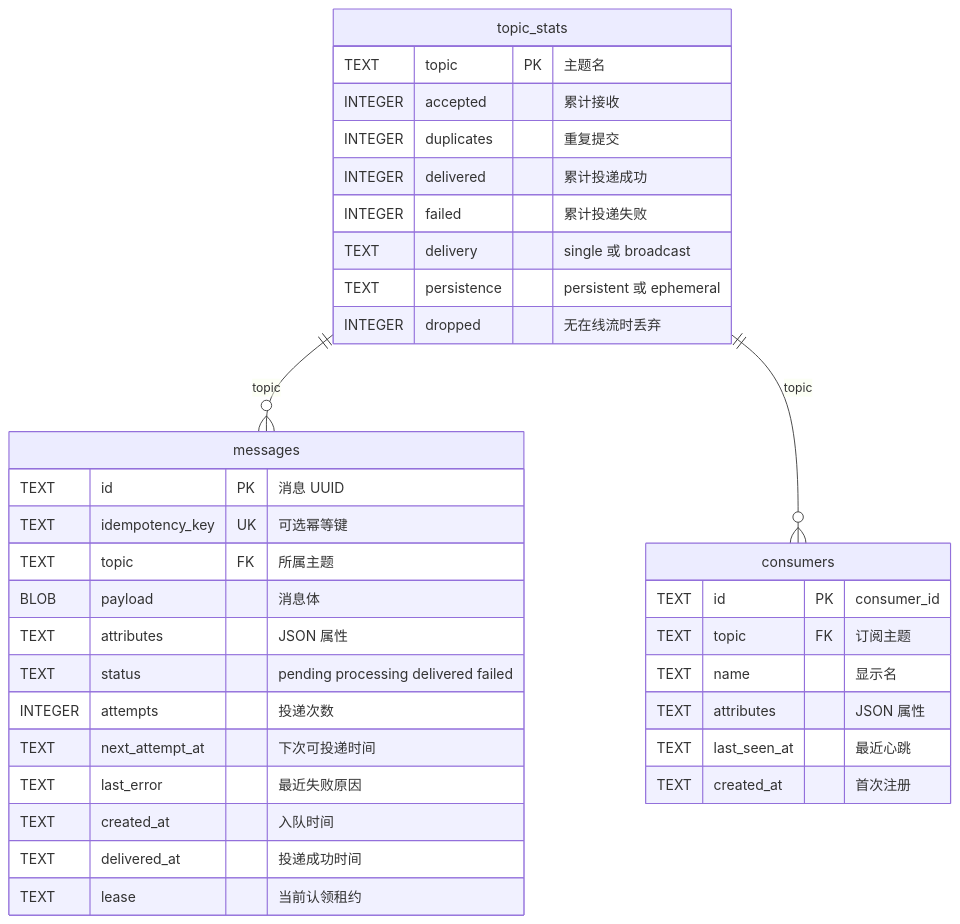
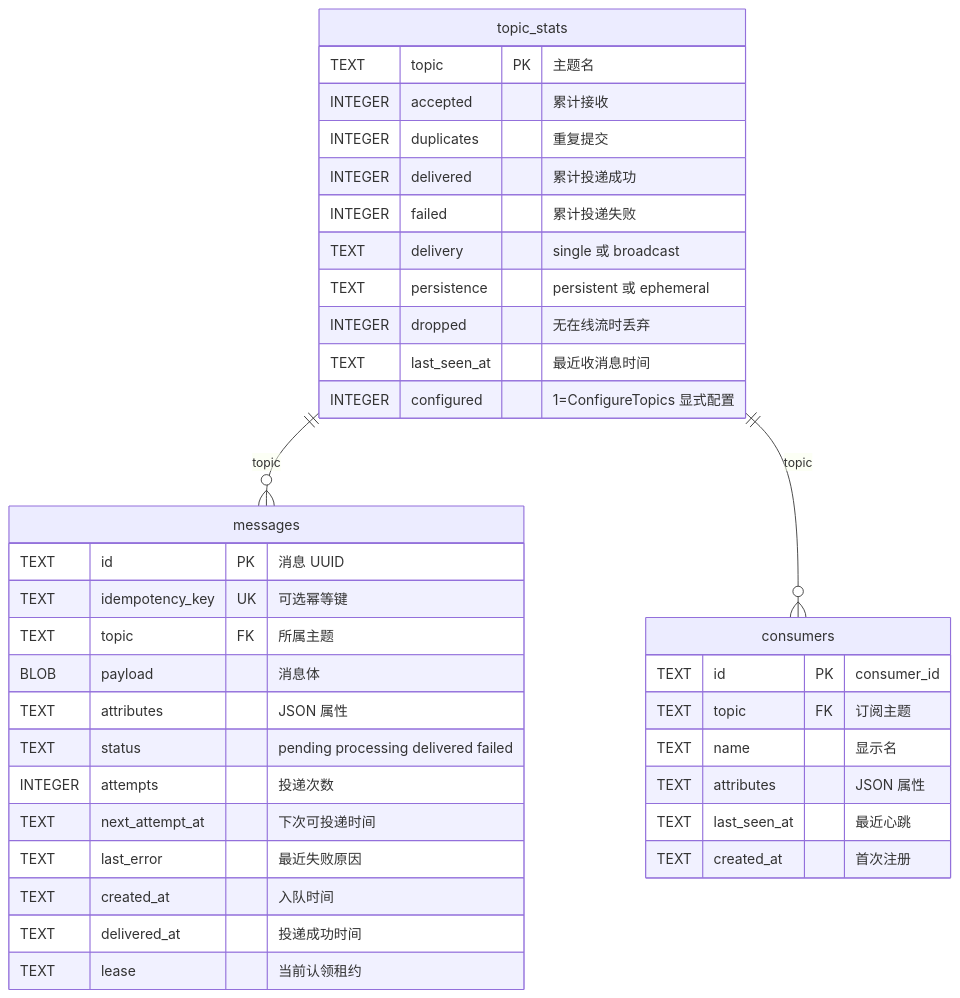
The diagram in README.md (zhangjianshe/cangling-broker), drawn with Mermaid before and after one commit. The commit also changed other lines of this file and 10 other files, not shown here.

````diff
--- a/README.md
+++ b/README.md
@@ -316,40 +317,42 @@
 ```mermaid
 erDiagram
     topic_stats ||--o{ messages : "topic"
     topic_stats ||--o{ consumers : "topic"
 
     topic_stats {
         TEXT topic PK "主题名"
         INTEGER accepted "累计接收"
         INTEGER duplicates "重复提交"
         INTEGER delivered "累计投递成功"
         INTEGER failed "累计投递失败"
         TEXT delivery "single 或 broadcast"
         TEXT persistence "persistent 或 ephemeral"
         INTEGER dropped "无在线流时丢弃"
+        TEXT last_seen_at "最近收消息时间"
+        INTEGER configured "1=ConfigureTopics 显式配置"
     }
 
     messages {
         TEXT id PK "消息 UUID"
         TEXT idempotency_key UK "可选幂等键"
         TEXT topic FK "所属主题"
         BLOB payload "消息体"
         TEXT attributes "JSON 属性"
         TEXT status "pending processing delivered failed"
         INTEGER attempts "投递次数"
         TEXT next_attempt_at "下次可投递时间"
         TEXT last_error "最近失败原因"
         TEXT created_at "入队时间"
         TEXT delivered_at "投递成功时间"
         TEXT lease "当前认领租约"
     }
 
     consumers {
         TEXT id PK "consumer_id"
         TEXT topic FK "订阅主题"
         TEXT name "显示名"
         TEXT attributes "JSON 属性"
         TEXT last_seen_at "最近心跳"
         TEXT created_at "首次注册"
     }
 ```
````
